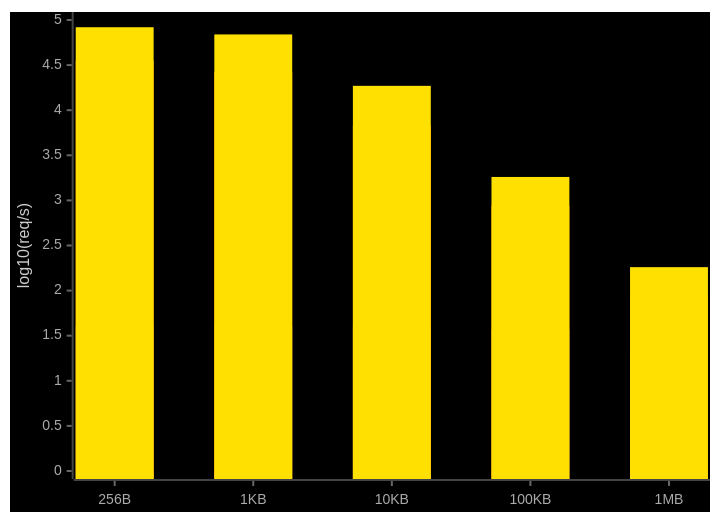
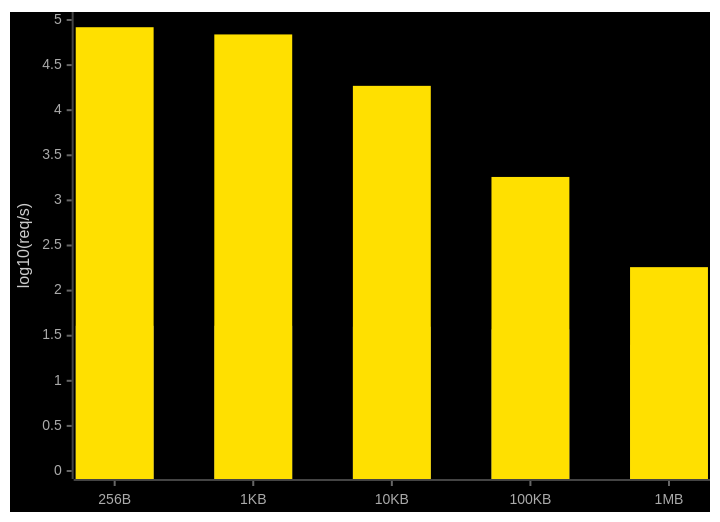
One commit to inference-labs-inc/lightning changed the second of 2 diagrams in README.md. Above: the diagram before and after it, drawn with Mermaid. The commit also changed other lines of this file, not shown here.

Commit message:
Simplify charts to two-series bittensor vs lightning comparison

````diff
--- a/README.md
+++ b/README.md
@@ -107,26 +105,25 @@
 ```mermaid
 ---
 config:
     xyChart:
         plotReservedSpacePercent: 60
     themeVariables:
         xyChart:
             backgroundColor: "#000000"
-            plotColorPalette: "#808080, #FF8C00, #FFE000"
+            plotColorPalette: "#808080, #FFE000"
             titleColor: "#ffffff"
             xAxisLabelColor: "#aaaaaa"
             xAxisTitleColor: "#cccccc"
             xAxisTickColor: "#666666"
             xAxisLineColor: "#444444"
             yAxisLabelColor: "#aaaaaa"
             yAxisTitleColor: "#cccccc"
             yAxisTickColor: "#666666"
             yAxisLineColor: "#444444"
 ---
 xychart-beta
     x-axis ["256B", "1KB", "10KB", "100KB", "1MB"]
     y-axis "log10(req/s)" 0 --> 5
     bar "bittensor" [1.61, 1.61, 1.60, 1.57, 1.40]
-    bar "lightning (Python)" [4.55, 4.42, 3.83, 2.94, 1.94]
-    bar "lightning (Rust)" [4.92, 4.84, 4.27, 3.26, 2.26]
+    bar "lightning" [4.92, 4.84, 4.27, 3.26, 2.26]
 ```
````
